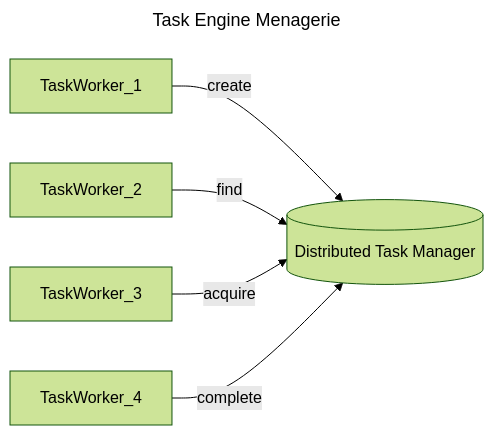
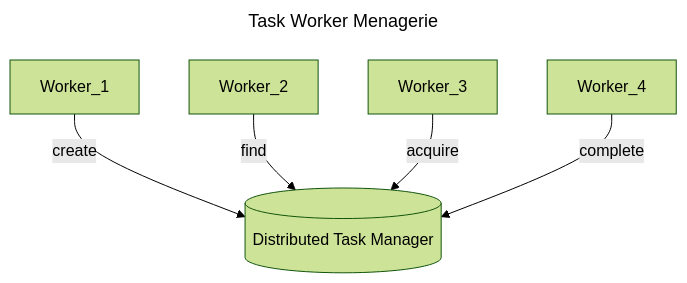
One commit to lfeagan/distributed-task-manager changed the first of 2 diagrams in docs/DESIGN.md. Above: the diagram before and after it, drawn with Mermaid (forest theme). The commit also changed other lines of this file and 17 other files, not shown here.

````diff
--- a/docs/DESIGN.md
+++ b/docs/DESIGN.md
@@ -7,11 +5,11 @@
 ```mermaid
 ---
-title: Task Engine Menagerie
+title: Task Worker Menagerie
 ---
-flowchart LR
+flowchart TB
     dtm[(Distributed Task Manager)]
-    TaskWorker_1 --> |create|dtm
-    TaskWorker_2 --> |find|dtm
-    TaskWorker_3 --> |acquire|dtm
-    TaskWorker_4 --> |complete|dtm
+    Worker_1 --> |create|dtm
+    Worker_2 --> |find|dtm
+    Worker_3 --> |acquire|dtm
+    Worker_4 --> |complete|dtm
 ```
````
